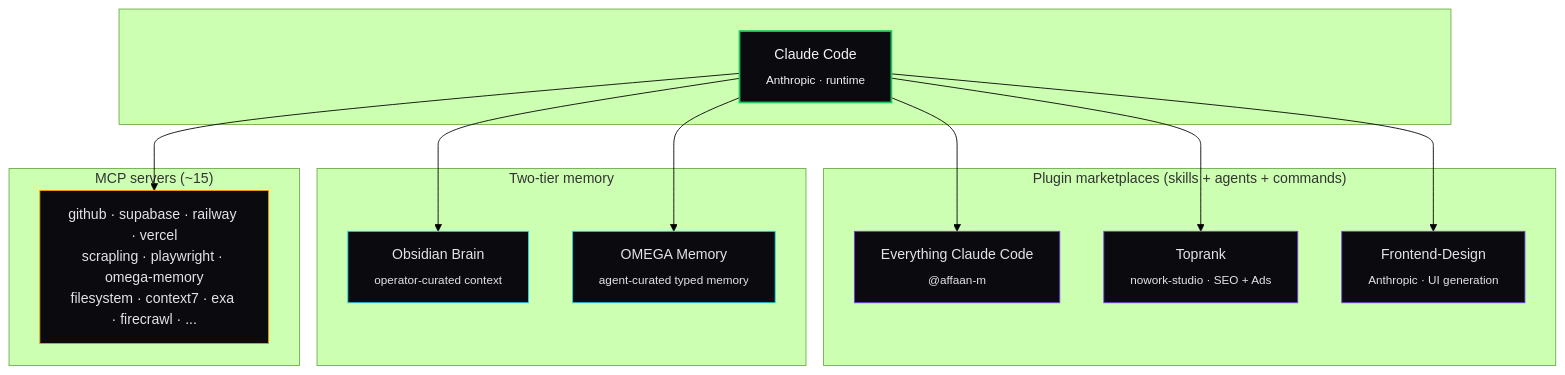
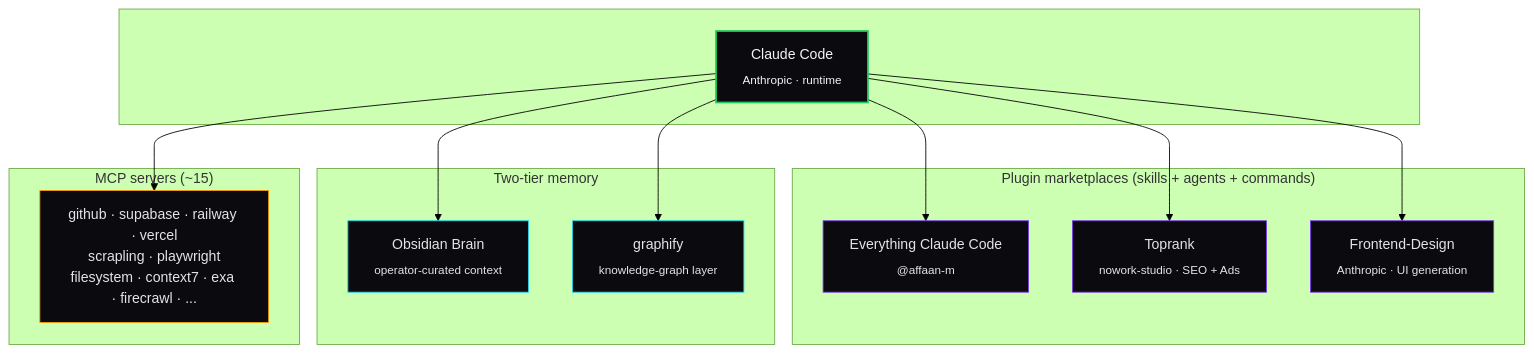
The diagram in stack/README.md (mccarthy606/claude-operator-stack), drawn with Mermaid (forest theme) before and after one commit. The commit also changed other lines of this file and 28 other files, not shown here.

First line of the commit message:
fix: replace OMEGA Memory with graphify across the stack (reality-sync)

````diff
--- a/stack/README.md
+++ b/stack/README.md
@@ -5,37 +5,37 @@
 ```mermaid
 flowchart TB
     subgraph runtime[" "]
         CC[Claude Code<br/><sub>Anthropic · runtime</sub>]
     end
 
     subgraph plugins["Plugin marketplaces (skills + agents + commands)"]
         ECC[Everything Claude Code<br/><sub>@affaan-m</sub>]
         TR[Toprank<br/><sub>nowork-studio · SEO + Ads</sub>]
         FD[Frontend-Design<br/><sub>Anthropic · UI generation</sub>]
     end
 
     subgraph memory["Two-tier memory"]
         OB[Obsidian Brain<br/><sub>operator-curated context</sub>]
-        OM[OMEGA Memory<br/><sub>agent-curated typed memory</sub>]
+        GR[graphify<br/><sub>knowledge-graph layer</sub>]
     end
 
     subgraph integrations["MCP servers (~15)"]
-        MCP[github · supabase · railway · vercel<br/>scrapling · playwright · omega-memory<br/>filesystem · context7 · exa · firecrawl · ...]
+        MCP[github · supabase · railway · vercel<br/>scrapling · playwright<br/>filesystem · context7 · exa · firecrawl · ...]
     end
 
     CC --> ECC
     CC --> TR
     CC --> FD
     CC --> OB
-    CC --> OM
+    CC --> GR
     CC --> MCP
 
     classDef rt fill:#0a0a0f,stroke:#22c55e,stroke-width:2px,color:#f4f4f5
     classDef plug fill:#0a0a0f,stroke:#7c3aed,color:#e4e4e7
     classDef mem fill:#0a0a0f,stroke:#22d3ee,color:#e4e4e7
     classDef int fill:#0a0a0f,stroke:#f59e0b,color:#e4e4e7
     class CC rt
     class ECC,TR,FD plug
-    class OB,OM mem
+    class OB,GR mem
     class MCP int
 ```
````
